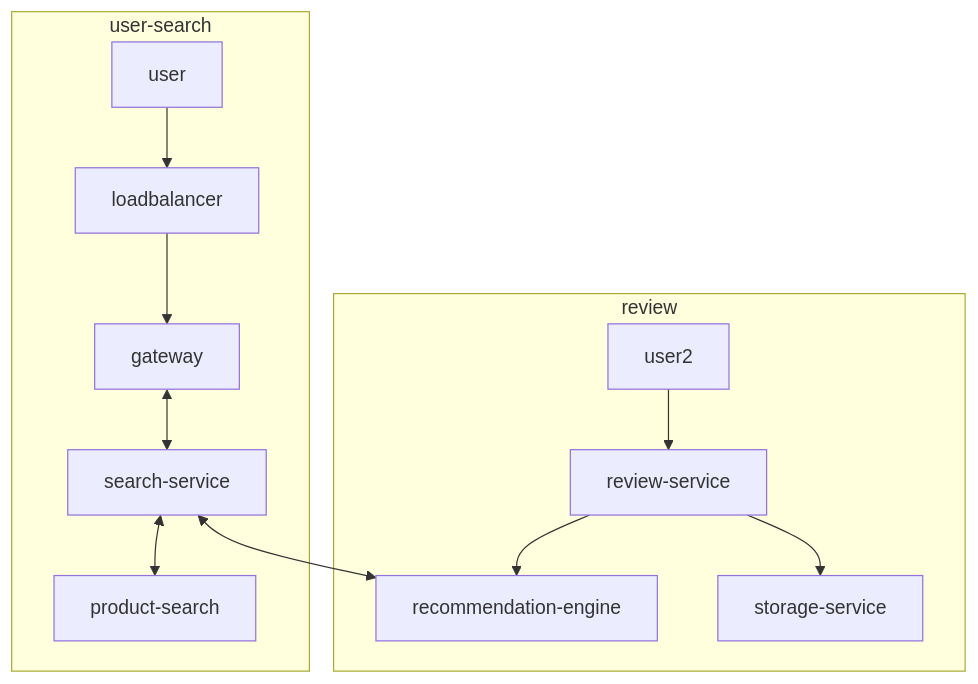
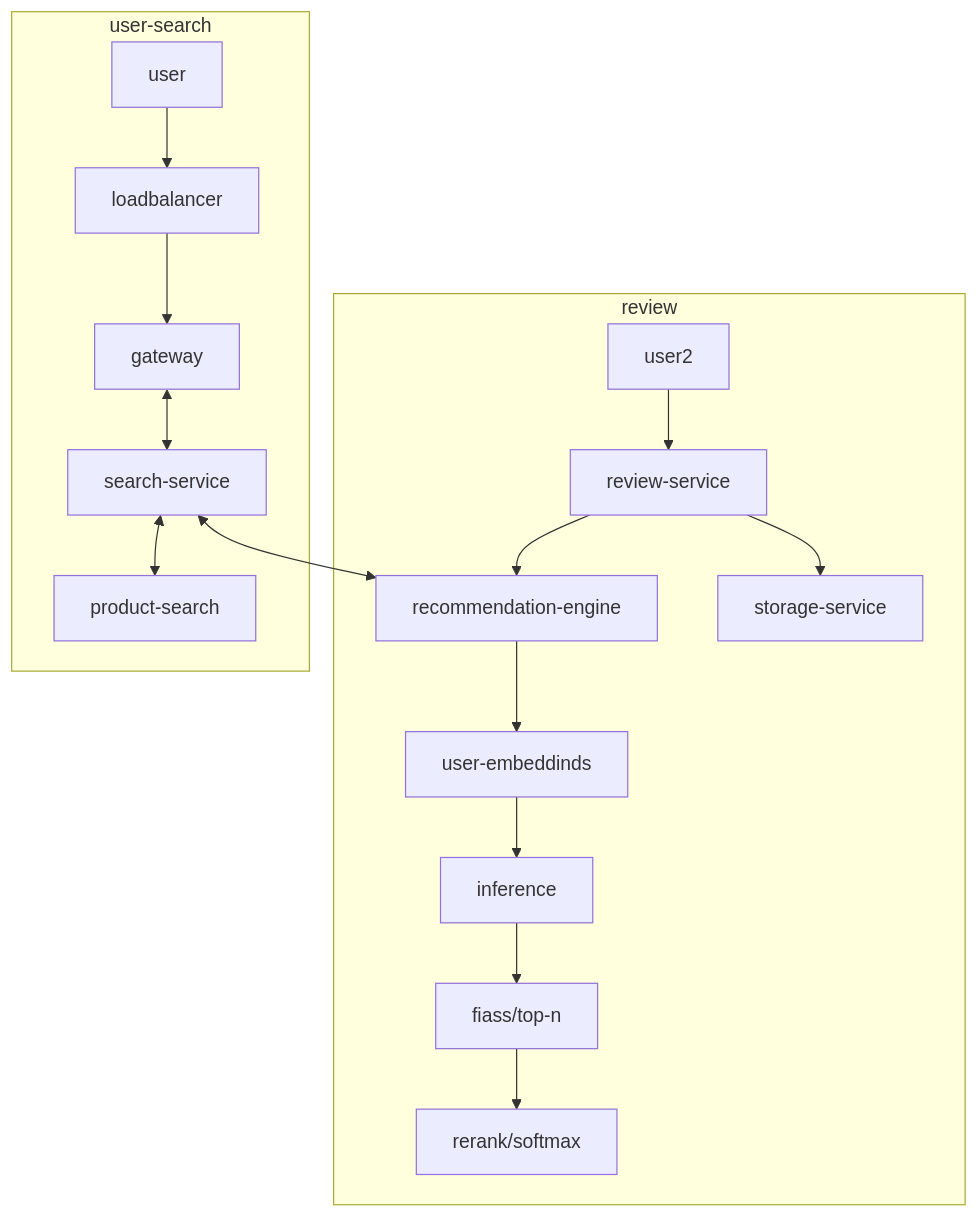
The first of 3 diagrams in case-studies/amazon-product-recommendation-system.md (sureshm-hub/system-design-field-guide), drawn with Mermaid before and after one commit. The commit also changed other lines of this file, not shown here.

Commit message:
product recommendation system

````diff
--- a/case-studies/amazon-product-recommendation-system.md
+++ b/case-studies/amazon-product-recommendation-system.md
@@ -44,12 +53,12 @@
 ```mermaid
 flowchart TD
 
     subgraph review
     user2 --> review-service --> storage-service & recommendation-engine
+    recommendation-engine --> user-embeddinds --> inference --> fiass/top-n --> rerank/softmax
     end
     
     subgraph user-search
     user  --> loadbalancer --> gateway <--> search-service <--> recommendation-engine & product-search
     end
-
 ```
````
